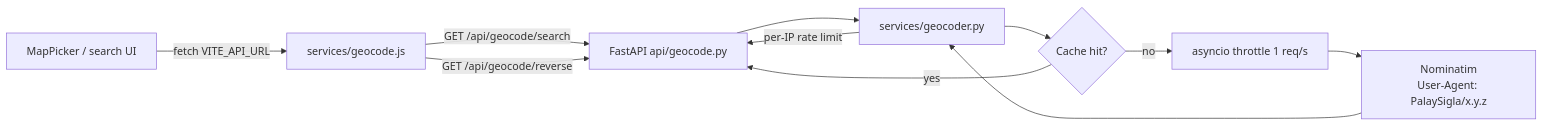
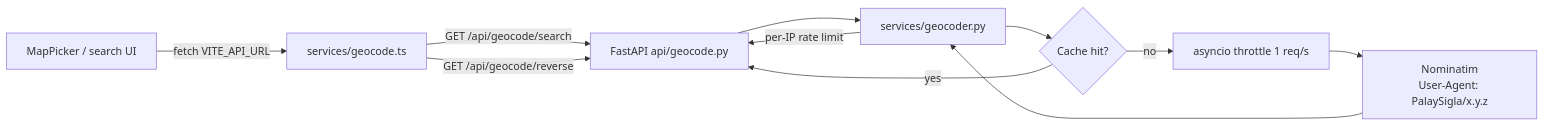
Before and after one commit to MizuReal/PalaySigla: the sixth of 6 diagrams in documentation/architecture.md, drawn with Mermaid. The commit also changed other lines of this file and 6 other files, not shown here.

````diff
--- a/documentation/architecture.md
+++ b/documentation/architecture.md
@@ -257,13 +257,13 @@
 ```mermaid
 flowchart LR
-    A[MapPicker / search UI] -->|fetch VITE_API_URL| B[services/geocode.js]
+    A[MapPicker / search UI] -->|fetch VITE_API_URL| B[services/geocode.ts]
     B -->|GET /api/geocode/search| C[FastAPI api/geocode.py]
     B -->|GET /api/geocode/reverse| C
     C --> D[services/geocoder.py]
     D -->|per-IP rate limit| C
     D --> E{Cache hit?}
     E -->|yes| C
     E -->|no| F[asyncio throttle 1 req/s]
     F --> G[Nominatim<br/>User-Agent: PalaySigla/x.y.z]
     G --> D
 ```
````
